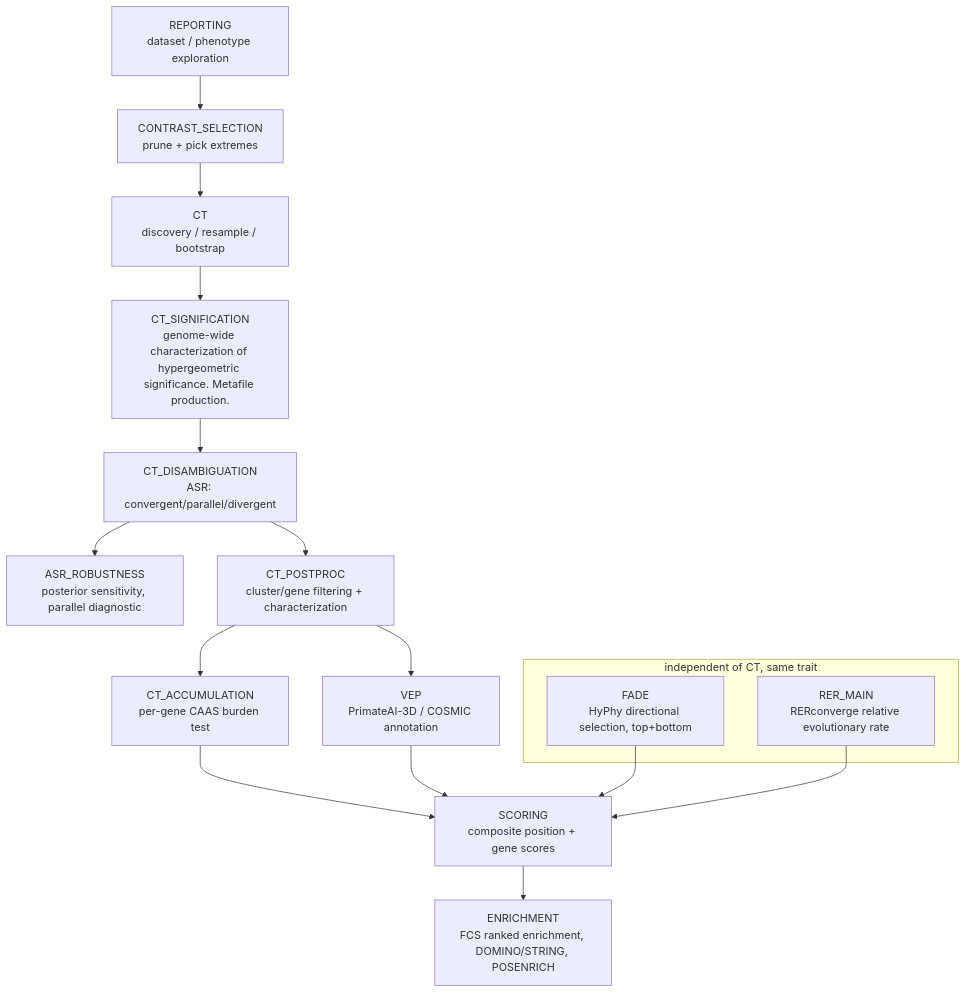
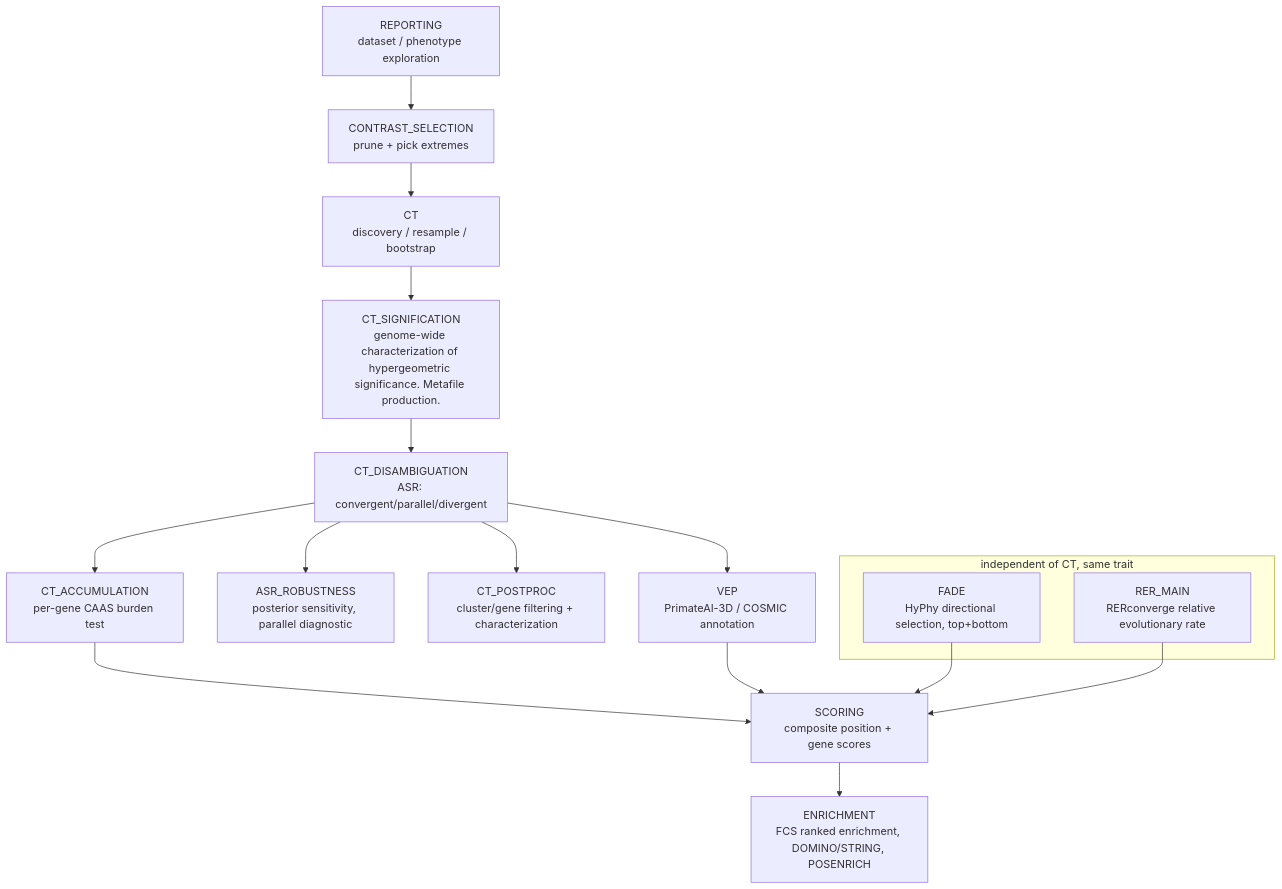
The diagram in README.md (nozerorma/PhyloPhere), drawn with Mermaid before and after one commit.

````diff
--- a/README.md
+++ b/README.md
@@ -87,20 +87,20 @@
 ```mermaid
 flowchart TD
     A[REPORTING\ndataset / phenotype exploration] --> B[CONTRAST_SELECTION\nprune + pick extremes]
     B --> C[CT\ndiscovery / resample / bootstrap]
     C --> D[CT_SIGNIFICATION\ngenome-wide characterization of hypergeometric significance. Metafile production.]
     D --> E[CT_DISAMBIGUATION\nASR: convergent/parallel/divergent]
     E --> E2[ASR_ROBUSTNESS\nposterior sensitivity, parallel diagnostic]
     E --> F[CT_POSTPROC\ncluster/gene filtering + characterization]
-    F --> G[CT_ACCUMULATION\nper-gene CAAS burden test]
-    F --> H[VEP\nPrimateAI-3D / COSMIC annotation]
+    E --> G[CT_ACCUMULATION\nper-gene CAAS burden test]
+    E --> H[VEP\nPrimateAI-3D / COSMIC annotation]
     subgraph independent[independent of CT, same trait]
       I[FADE\nHyPhy directional selection, top+bottom]
       J[RER_MAIN\nRERconverge relative evolutionary rate]
     end
     G --> K[SCORING\ncomposite position + gene scores]
     H --> K
     I --> K
     J --> K
     K --> L[ENRICHMENT\nFCS ranked enrichment, DOMINO/STRING, POSENRICH]
 ```
````
